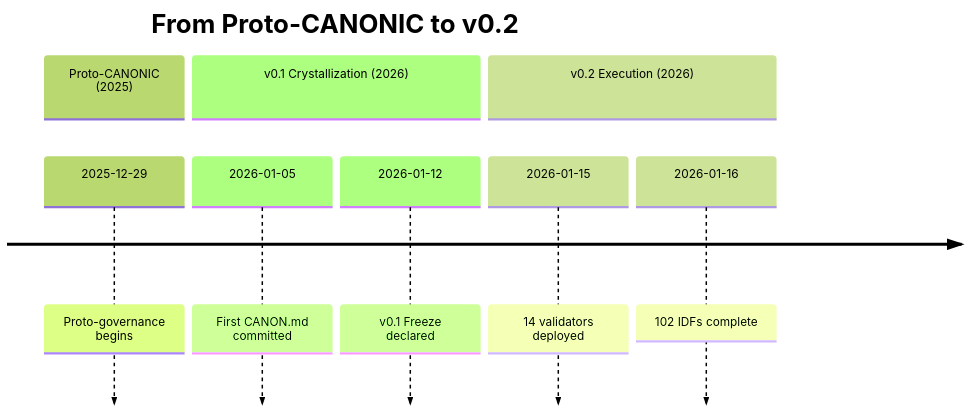
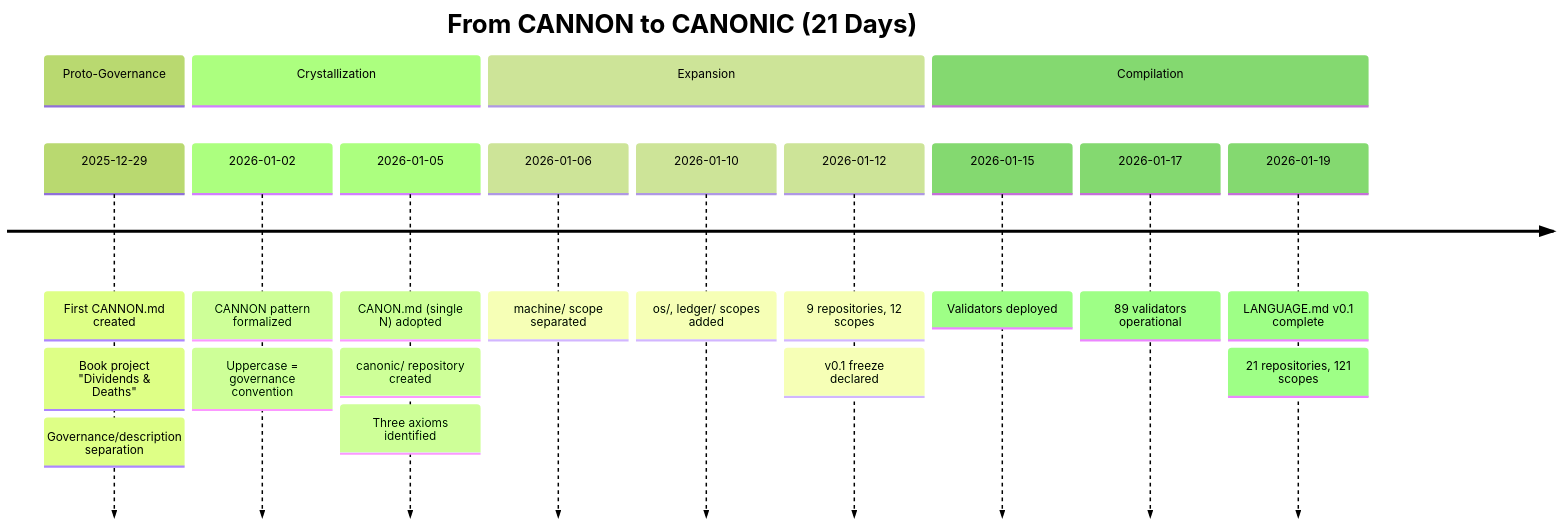
The fourth of 12 diagrams in manuscript.md (canonic-machine/paper), drawn with Mermaid (forest theme) before and after one commit. The commit also changed other lines of this file, not shown here.

First line of the commit message:
ROADMAP: Add MCP Server to v0.2 and v1.0

````diff
--- a/manuscript.md
+++ b/manuscript.md
@@ -153,12 +205,24 @@
 ```mermaid
 timeline
-    title From Proto-CANONIC to v0.2
-    section Proto-CANONIC (2025)
-        2025-12-29 : Proto-governance begins
-    section v0.1 Crystallization (2026)
-        2026-01-05 : First CANON.md committed
-        2026-01-12 : v0.1 Freeze declared
-    section v0.2 Execution (2026)
-        2026-01-15 : 14 validators deployed
-        2026-01-16 : 102 IDFs complete
+    title From CANNON to CANONIC (21 Days)
+    section Proto-Governance
+        2025-12-29 : First CANNON.md created
+                   : Book project "Dividends & Deaths"
+                   : Governance/description separation
+    section Crystallization
+        2026-01-02 : CANNON pattern formalized
+                   : Uppercase = governance convention
+        2026-01-05 : CANON.md (single N) adopted
+                   : canonic/ repository created
+                   : Three axioms identified
+    section Expansion
+        2026-01-06 : machine/ scope separated
+        2026-01-10 : os/, ledger/ scopes added
+        2026-01-12 : 9 repositories, 12 scopes
+                   : v0.1 freeze declared
+    section Compilation
+        2026-01-15 : Validators deployed
+        2026-01-17 : 89 validators operational
+        2026-01-19 : LANGUAGE.md v0.1 complete
+                   : 21 repositories, 121 scopes
 ```
````
